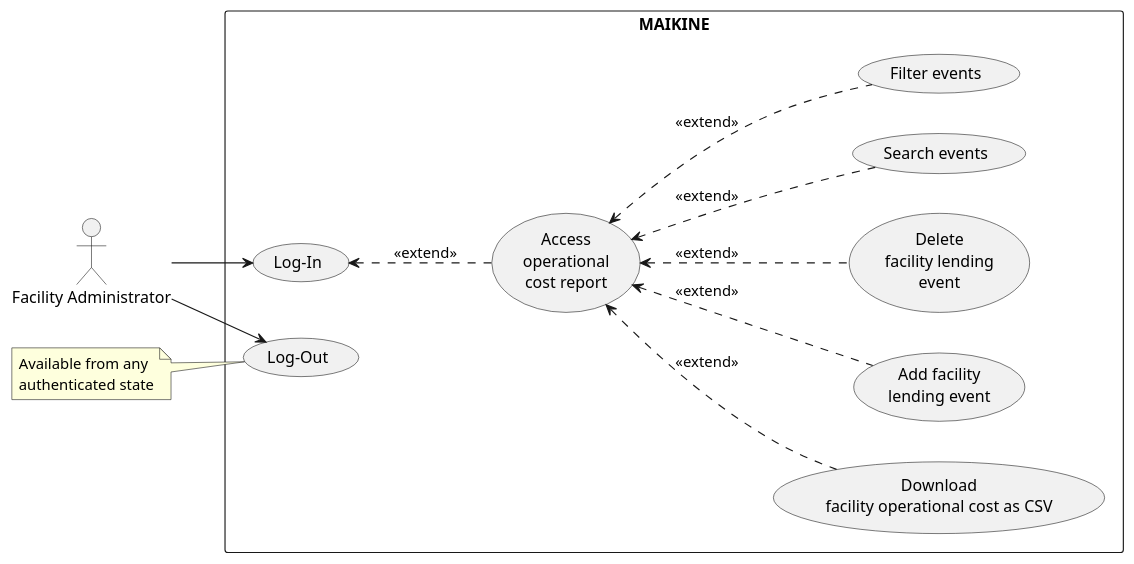
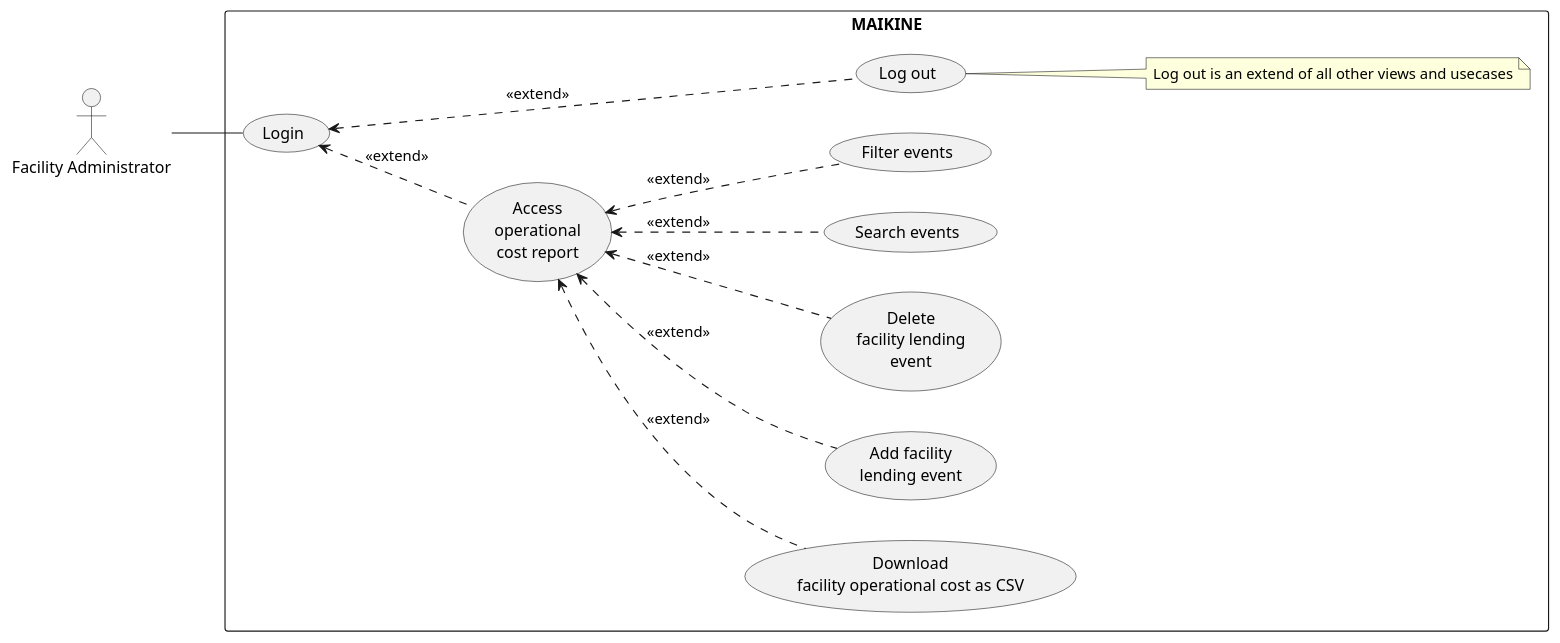
Before and after one commit to JanPerez35/PlantUML: the diagram in usecaseDiagrams/Facility_Administrator_Diagram.puml, drawn with PlantUML. The commit also changed 9 other files, not shown here.

Commit message:
Updated use case and activity diagrams for clarity.

```diff
--- a/usecaseDiagrams/Facility_Administrator_Diagram.puml
+++ b/usecaseDiagrams/Facility_Administrator_Diagram.puml
@@ -1,35 +1,35 @@
 @startuml
 left to right direction
 skinparam packageStyle rectangle
 
 actor "Facility Administrator" as FacilityAdmin
 
 rectangle MAIKINE {
 
-  usecase "Log-In" as UC_Login
-  usecase "Log-Out" as UC_Logout
+  usecase "Login" as UC_Login
+  usecase "Log out" as UC_Logout
   usecase "Access\noperational\ncost report" as UC_OperationalCost
   usecase "Download\nfacility operational cost as CSV" as UC_DownloadCost
   usecase "Add facility\nlending event" as UC_AddEvent
   usecase "Delete\nfacility lending\nevent" as UC_DeleteEvent
   usecase "Search events" as UC_Search
   usecase "Filter events" as UC_Filter
+  
+  note right of (UC_Logout)
+  Log out is an extend of all other views and usecases
+  end note
 }
 
-FacilityAdmin --> UC_Login
-FacilityAdmin --> UC_Logout
+UC_Login <.. UC_Logout :<<extend>>
+FacilityAdmin -- UC_Login
 
 UC_Login <.. UC_OperationalCost : <<extend>>
 
 UC_OperationalCost <.. UC_DownloadCost : <<extend>>
 UC_OperationalCost <.. UC_AddEvent : <<extend>>
 UC_OperationalCost <.. UC_DeleteEvent : <<extend>>
 UC_OperationalCost <.. UC_Search : <<extend>>
 UC_OperationalCost <.. UC_Filter : <<extend>>
 
-note left of UC_Logout
-Available from any
-authenticated state
-end note
-
+UC_Logout -up[hidden]-> UC_OperationalCost
 @enduml
```
